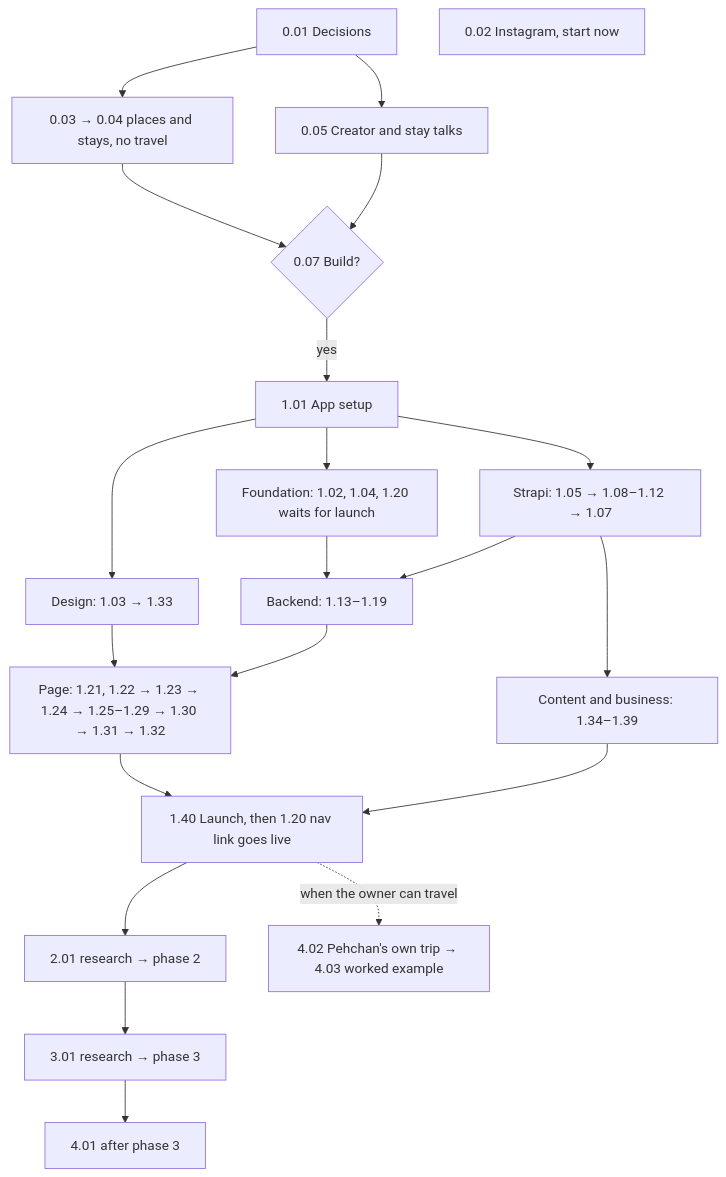
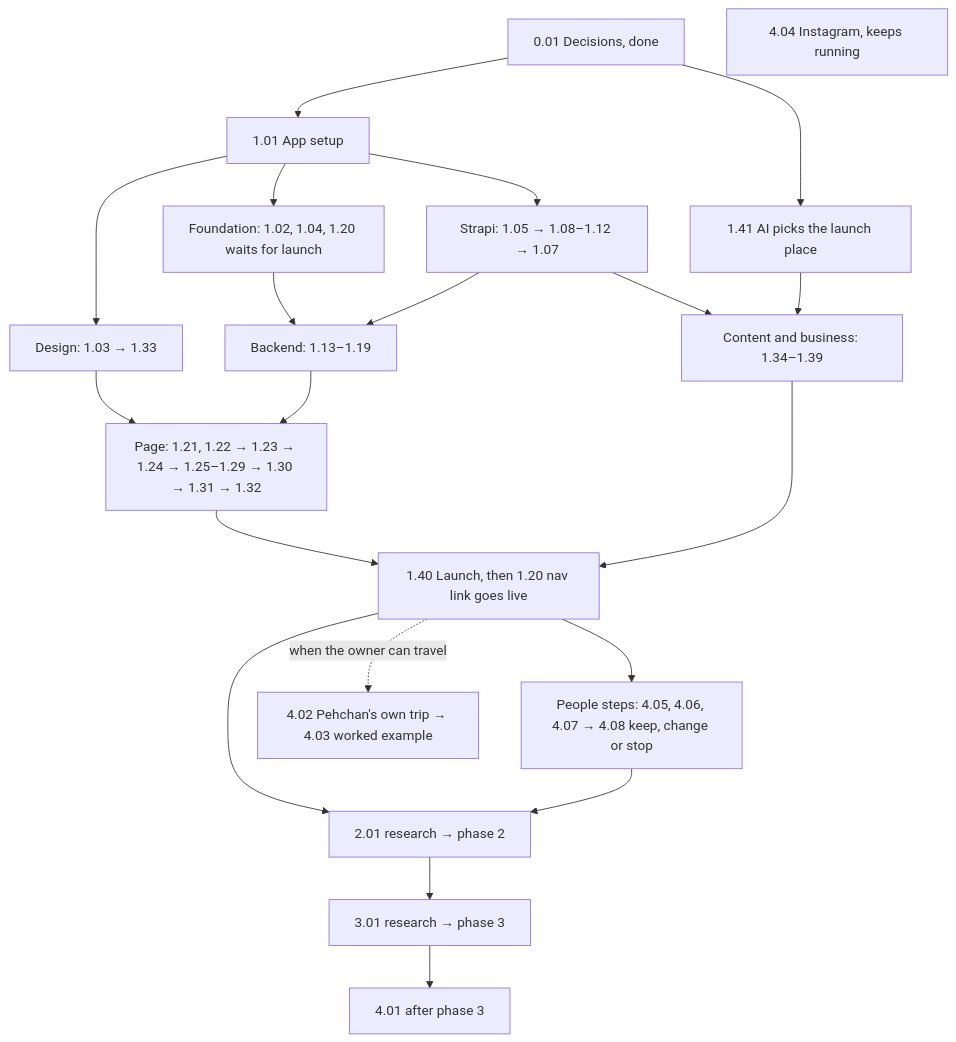
Before and after one commit to bhawnamanglapm/pehchanthetraveller19.github.io: the second of 2 diagrams in docs/25-trip-that-pays/tasks/README.md, drawn with Mermaid. The commit also changed other lines of this file and 6 other files, not shown here.

First line of the commit message:
Update the plan files for the people steps moving last

````diff
--- a/docs/25-trip-that-pays/tasks/README.md
+++ b/docs/25-trip-that-pays/tasks/README.md
@@ -246,23 +256,23 @@
 ```mermaid
 flowchart TD
-  D["0.01 Decisions"] --> P0["0.03 → 0.04 places and stays, no travel"]
-  D --> T["0.05 Creator and stay talks"]
-  IG["0.02 Instagram, start now"]
-  P0 --> G{"0.07 Build?"}
-  T --> G
-  G -->|yes| A["1.01 App setup"]
+  D["0.01 Decisions, done"] --> A["1.01 App setup"]
+  D --> AI["1.41 AI picks the launch place"]
+  IG["4.04 Instagram, keeps running"]
   A --> F["Foundation: 1.02, 1.04, 1.20 waits for launch"]
   A --> S["Strapi: 1.05 → 1.08–1.12 → 1.07"]
   A --> DS["Design: 1.03 → 1.33"]
   F --> B["Backend: 1.13–1.19"]
   S --> B
   DS --> UI["Page: 1.21, 1.22 → 1.23 → 1.24 → 1.25–1.29 → 1.30 → 1.31 → 1.32"]
   B --> UI
   S --> C["Content and business: 1.34–1.39"]
+  AI --> C
   UI --> L["1.40 Launch, then 1.20 nav link goes live"]
   C --> L
   L --> R2["2.01 research → phase 2"]
   R2 --> R3["3.01 research → phase 3"]
   R3 --> AF["4.01 after phase 3"]
+  L --> PS["People steps: 4.05, 4.06, 4.07 → 4.08 keep, change or stop"]
+  PS --> R2
   L -.->|"when the owner can travel"| OT["4.02 Pehchan's own trip → 4.03 worked example"]
 ```
````
